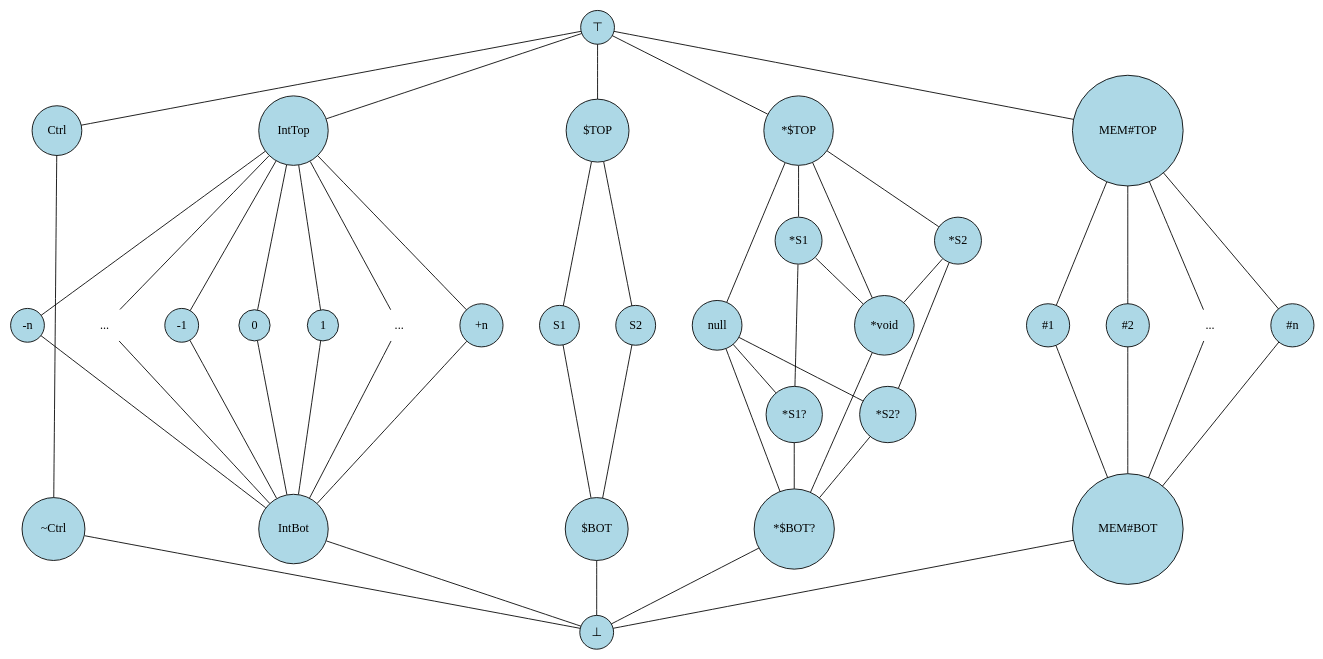
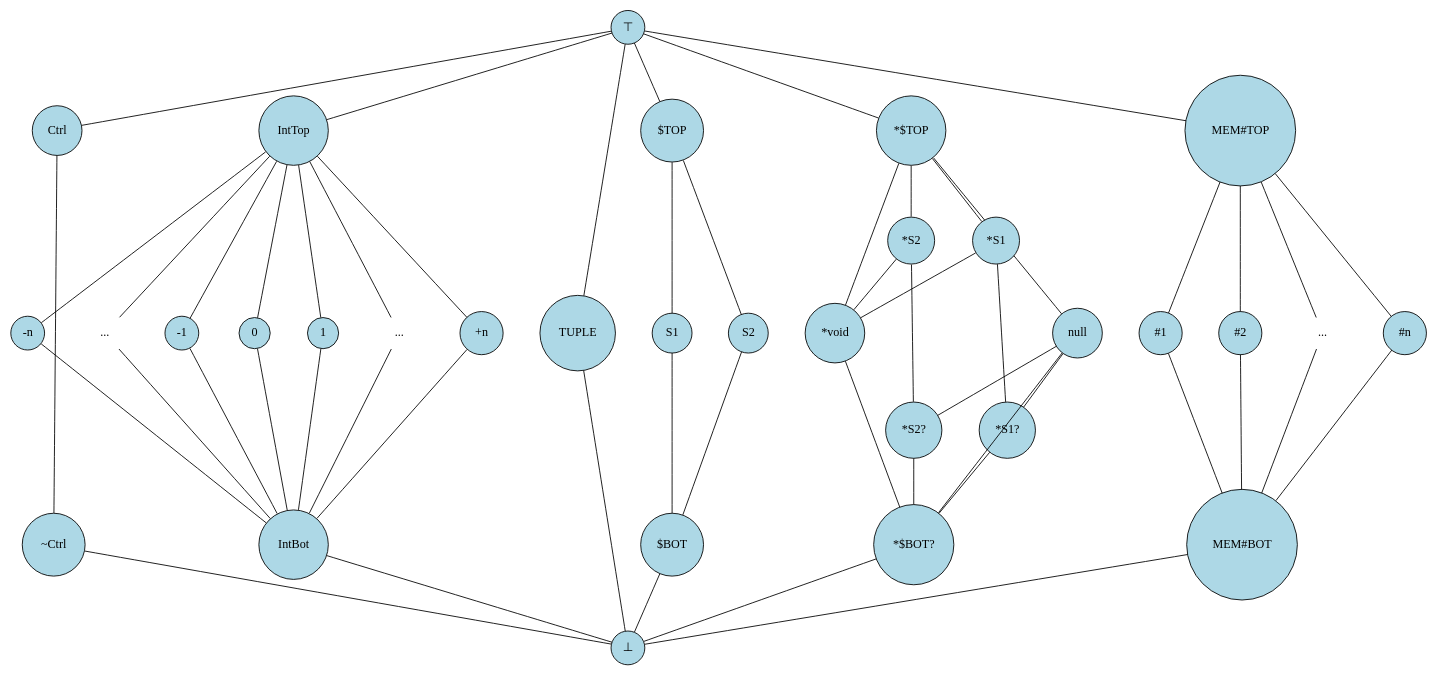
Before and after one commit to SeaOfNodes/Simple: the diagram in chapter10/docs/lattice.gv, drawn with Graphviz. The commit also changed 5 other files, not shown here.

```diff
--- a/chapter10/docs/lattice.gv
+++ b/chapter10/docs/lattice.gv
@@ -1,122 +1,127 @@
 digraph Lattice {
     // Define nodes
     splines=false;
     node [shape=circle, style=filled, fillcolor=lightblue];
     nodesep=0.6;
 
     TOP [label="⊤"];
     BOT [label="⊥"];
 
     CTRL [label="Ctrl"];
     XCTRL [label="~Ctrl"];
 
     INT_TOP [label="IntTop"];
     INT_BOT [label="IntBot"];
 
     INT_MIN [label="-n"];
     INT_MINDOTS [label="..." shape=none style=none];
     INT_MINUS [label="-1"];
     INT_ZERO [label="0"];
     INT_PLUS [label="1"];
     INT_MAXDOTS [label="..." shape=none style=none];
     INT_MAX [label="+n"];
+
+    TUPLE [label="TUPLE"];
 
     STRUCT_TOP [label="$TOP"];
     STRUCT_S1  [label="S1"];
     STRUCT_S2  [label="S2"];
     STRUCT_BOT [label="$BOT"]
 
     PTR_TOP      [label="*$TOP"];
     PTR_NULL     [label="null"];
     PTR_VOIDPTR  [label="*void"];
     PTR_S1       [label="*S1"];
     PTR_S2       [label="*S2"];
     PTR_S1OPT    [label="*S1?"];
     PTR_S2OPT    [label="*S2?"];
     PTR_BOT      [label="*$BOT?"];
 
     MEM_TOP      [label="MEM#TOP"];
     MEM_ALIAS1   [label="#1"];
     MEM_ALIAS2   [label="#2"];
     MEM_ALIASDOTS  [label="..." shape=none style=none];
     MEM_ALIASN   [label="#n"];
     MEM_BOT      [label="MEM#BOT"];
 
     // Define edges
     edge [arrowhead=none];
 
     TOP -> CTRL;
     CTRL -> XCTRL;
     XCTRL -> BOT;
 
     TOP         -> INT_TOP;
     INT_TOP     -> INT_MIN;
     INT_TOP     -> INT_MINDOTS;
     INT_TOP     -> INT_MINUS;
     INT_TOP     -> INT_ZERO;
     INT_TOP     -> INT_PLUS;
     INT_TOP     -> INT_MAXDOTS;
     INT_TOP     -> INT_MAX;
     INT_MIN     -> INT_BOT;
     INT_MINDOTS -> INT_BOT;
     INT_MINUS   -> INT_BOT;
     INT_ZERO    -> INT_BOT;
     INT_PLUS    -> INT_BOT;
     INT_MAXDOTS -> INT_BOT;
     INT_MAX     -> INT_BOT;
     INT_BOT     -> BOT;
 
     INT_MIN -> INT_MINDOTS -> INT_MINUS -> INT_ZERO -> INT_PLUS -> INT_MAXDOTS -> INT_MAX [style=invis];
 
+    TOP          -> TUPLE;
+    TUPLE        -> BOT;
+
     TOP          -> STRUCT_TOP;
     STRUCT_TOP   -> STRUCT_S1;
     STRUCT_TOP   -> STRUCT_S2;
     STRUCT_S1    -> STRUCT_BOT;
     STRUCT_S2    -> STRUCT_BOT;
     STRUCT_BOT   -> BOT;
 
     TOP          -> PTR_TOP;
     PTR_TOP      -> PTR_S1;
     PTR_TOP      -> PTR_S2;
     PTR_TOP      -> PTR_NULL;
     PTR_TOP      -> PTR_VOIDPTR;
     PTR_NULL     -> PTR_BOT;
     PTR_NULL     -> PTR_S1OPT;
     PTR_NULL     -> PTR_S2OPT;
     PTR_S1       -> PTR_S1OPT;
     PTR_S1       -> PTR_VOIDPTR;
     PTR_S2       -> PTR_S2OPT;
     PTR_S2       -> PTR_VOIDPTR;
     PTR_VOIDPTR  -> PTR_BOT;
     PTR_S1OPT    -> PTR_BOT;
     PTR_S2OPT    -> PTR_BOT;
     PTR_BOT      -> BOT;
 
     TOP          -> MEM_TOP;
     MEM_TOP      -> MEM_ALIAS1;
     MEM_TOP      -> MEM_ALIAS2;
     MEM_TOP      -> MEM_ALIASDOTS;
     MEM_TOP      -> MEM_ALIASN;
     MEM_ALIAS1   -> MEM_BOT;
     MEM_ALIAS2   -> MEM_BOT;
     MEM_ALIASDOTS -> MEM_BOT;
     MEM_ALIASN    -> MEM_BOT;
     MEM_BOT       -> BOT;
 
     MEM_ALIAS1 -> MEM_ALIAS2 -> MEM_ALIASDOTS -> MEM_ALIASN [style=invis];
 
     // Additional customization
     {rank=same; TOP}
     {rank=same; INT_TOP; CTRL; STRUCT_TOP; PTR_TOP; MEM_TOP;}
     {rank=same; PTR_S1; PTR_S2;}
     {rank=same; INT_MIN; INT_MINDOTS;
                 INT_MINUS; INT_ZERO;
                 INT_PLUS; INT_MAXDOTS;
-                INT_MAX; STRUCT_S1; STRUCT_S2;
+                INT_MAX; TUPLE; STRUCT_S1; STRUCT_S2;
                 PTR_NULL; PTR_VOIDPTR;
                 MEM_ALIAS1; MEM_ALIAS2;
                 MEM_ALIASDOTS; MEM_ALIASN;}
     {rank=same; PTR_S1OPT; PTR_S2OPT;}
     {rank=same; INT_BOT; XCTRL; STRUCT_BOT; PTR_BOT; MEM_BOT;}
     {rank=same; BOT;}
 }
```
